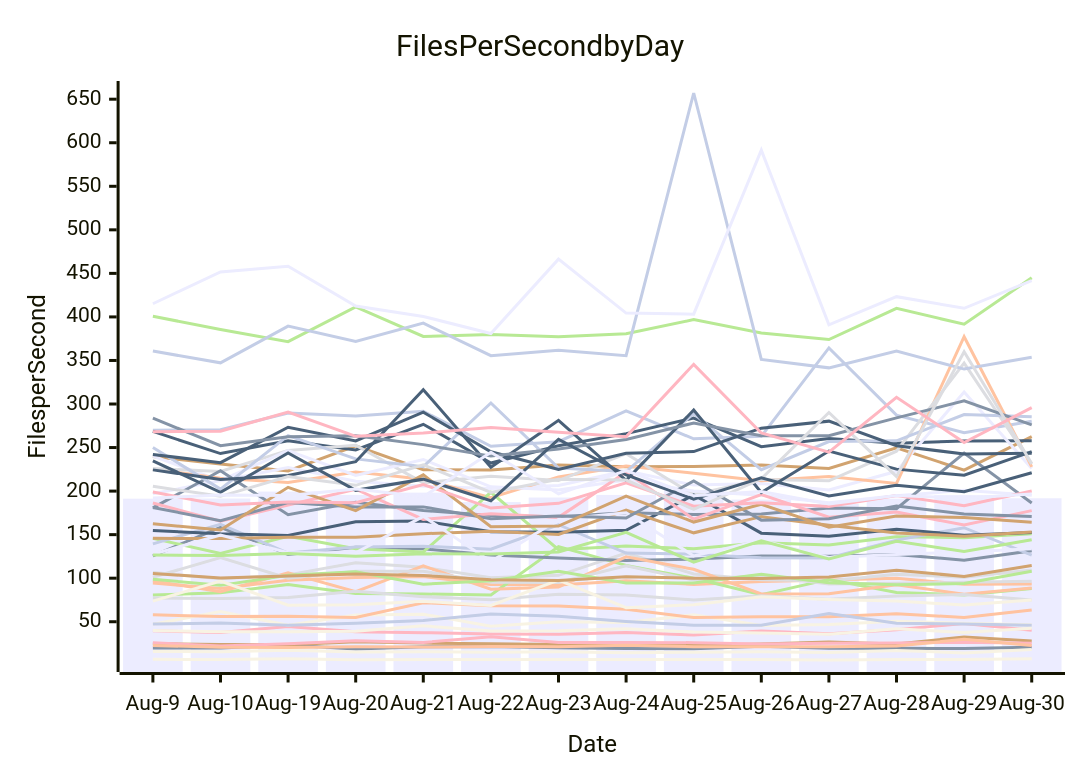
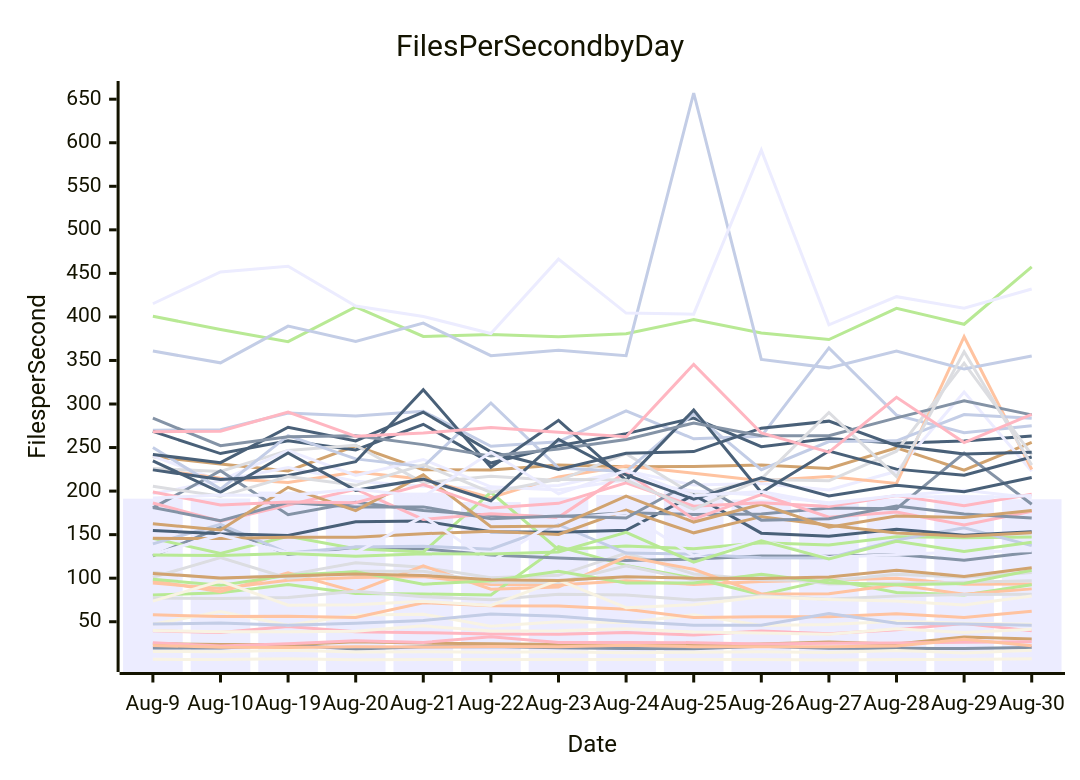
Before and after one commit to streetsidesoftware/cspell: the diagram in perf-report.md, drawn with Mermaid. The commit also changed other lines of this file and 2 other files, not shown here.

````diff
--- a/perf-report.md
+++ b/perf-report.md
@@ -11,57 +11,57 @@
 ```mermaid
 xychart-beta
     title Files Per Second by Day
     y-axis Files per Second
     x-axis Date [Aug-9, Aug-10, Aug-19, Aug-20, Aug-21, Aug-22, Aug-23, Aug-24, Aug-25, Aug-26, Aug-27, Aug-28, Aug-29, Aug-30]
-    bar [191.27, 191.48, 199.45, 195.67, 198.22, 187.40, 192.61, 195.61, 200.69, 190.24, 185.15, 191.23, 195.37, 191.74]
-    line [19.76, 19.87, 23.15, 18.80, 21.30, 21.70, 20.11, 19.24, 18.97, 21.74, 19.44, 19.50, 19.20, 20.73]
-    line [94.45, 88.13, 97.66, 100.71, 101.93, 92.80, 92.11, 97.07, 92.83, 96.14, 97.78, 99.79, 92.99, 93.36]
-    line [106.66, 99.38, 103.80, 117.71, 112.47, 100.50, 103.30, 128.71, 104.89, 98.28, 96.78, 104.60, 101.13, 109.45]
-    line [80.61, 83.15, 92.81, 82.44, 81.86, 80.75, 136.22, 114.72, 99.92, 81.00, 98.60, 83.62, 80.81, 88.25]
-    line [239.79, 231.09, 223.10, 252.00, 224.60, 224.17, 230.06, 227.93, 228.22, 229.99, 225.97, 249.68, 224.12, 262.60]
-    line [269.81, 270.47, 289.77, 286.14, 291.59, 251.52, 256.69, 292.19, 260.02, 262.94, 364.38, 287.21, 267.07, 280.17]
-    line [39.52, 37.52, 44.46, 38.46, 37.42, 35.96, 35.65, 37.61, 34.82, 39.47, 36.12, 40.86, 48.01, 40.27]
-    line [268.54, 243.09, 257.77, 247.18, 276.72, 232.23, 252.08, 266.01, 283.94, 251.01, 260.27, 254.92, 257.60, 257.72]
-    line [6.78, 6.60, 7.51, 6.38, 6.72, 6.55, 6.77, 6.55, 6.58, 6.64, 6.06, 6.53, 6.57, 7.52]
-    line [240.17, 211.99, 227.00, 211.38, 205.51, 203.10, 206.43, 223.33, 206.89, 208.72, 201.20, 222.72, 313.85, 225.83]
-    line [125.68, 158.27, 127.25, 135.61, 133.76, 126.70, 123.28, 120.42, 121.90, 125.42, 125.26, 127.33, 120.64, 131.40]
-    line [225.24, 214.74, 210.02, 221.88, 213.58, 192.56, 216.27, 228.68, 220.47, 211.98, 216.89, 208.83, 377.28, 227.87]
-    line [225.91, 222.58, 246.74, 252.74, 209.47, 217.12, 212.13, 242.98, 195.81, 213.43, 211.78, 245.83, 346.89, 231.11]
-    line [145.75, 128.32, 148.05, 133.76, 130.09, 198.58, 132.66, 136.89, 133.84, 140.74, 138.14, 147.54, 146.55, 151.16]
-    line [24.65, 23.72, 23.68, 26.94, 25.51, 24.79, 23.76, 23.53, 22.75, 24.32, 26.78, 24.44, 32.43, 27.83]
-    line [139.45, 161.93, 128.87, 135.71, 136.66, 133.36, 161.38, 128.87, 127.62, 123.35, 123.11, 143.71, 157.94, 126.45]
-    line [25.95, 22.03, 24.86, 28.29, 26.21, 32.71, 26.20, 26.09, 26.00, 24.43, 25.37, 25.72, 26.51, 25.38]
-    line [154.75, 150.93, 149.02, 164.86, 165.64, 153.35, 152.64, 155.02, 195.52, 151.70, 148.17, 156.31, 149.39, 152.39]
-    line [15.80, 15.53, 17.25, 15.28, 15.49, 14.84, 15.46, 14.39, 15.01, 15.63, 14.69, 17.08, 14.10, 18.05]
-    line [196.97, 211.99, 246.59, 218.10, 236.31, 204.94, 201.38, 212.81, 200.01, 195.34, 186.50, 194.59, 201.00, 195.28]
-    line [180.75, 223.35, 172.94, 187.16, 177.68, 172.01, 170.49, 175.09, 173.22, 173.59, 180.48, 179.74, 243.56, 186.42]
-    line [96.93, 84.41, 106.12, 84.61, 114.12, 87.31, 89.99, 124.55, 110.24, 81.92, 82.24, 92.49, 81.67, 88.72]
-    line [77.16, 76.75, 77.91, 84.91, 78.76, 75.34, 81.46, 80.77, 74.97, 79.78, 75.90, 79.64, 81.40, 74.87]
-    line [400.74, 385.62, 371.65, 411.46, 377.61, 379.88, 377.18, 380.64, 396.91, 381.52, 374.08, 409.79, 391.59, 445.08]
-    line [145.79, 145.58, 147.10, 147.08, 151.07, 153.94, 150.27, 178.09, 152.08, 170.66, 160.71, 152.01, 148.28, 153.10]
-    line [249.96, 202.34, 263.67, 236.99, 228.06, 301.20, 226.40, 222.40, 289.06, 224.56, 256.87, 257.70, 287.97, 285.39]
-    line [186.27, 165.43, 184.07, 202.12, 167.51, 173.85, 169.85, 221.75, 167.75, 195.90, 170.00, 175.89, 161.05, 177.57]
-    line [224.37, 213.27, 217.89, 233.79, 316.48, 227.32, 281.23, 212.31, 293.11, 198.49, 245.94, 225.24, 218.17, 245.25]
-    line [47.00, 61.84, 45.89, 57.63, 58.67, 44.77, 49.92, 49.06, 57.90, 45.60, 46.71, 50.51, 48.37, 46.56]
-    line [127.47, 149.55, 129.16, 129.10, 170.99, 119.13, 167.47, 175.06, 125.57, 143.51, 123.67, 127.21, 130.16, 133.68]
-    line [181.18, 166.12, 186.93, 181.85, 181.88, 168.34, 171.35, 169.12, 211.70, 166.64, 168.34, 182.86, 173.63, 170.89]
-    line [57.90, 56.15, 56.35, 54.76, 71.89, 68.47, 68.09, 64.39, 54.76, 55.64, 55.71, 59.28, 54.85, 63.52]
-    line [101.07, 123.80, 99.87, 108.06, 107.98, 95.34, 94.96, 114.12, 97.84, 103.09, 93.25, 94.27, 95.28, 96.43]
-    line [98.84, 91.76, 103.43, 107.49, 93.08, 97.11, 107.90, 94.53, 94.47, 104.38, 94.67, 92.38, 93.95, 107.95]
-    line [162.48, 155.40, 204.32, 177.59, 218.64, 159.00, 159.79, 194.26, 164.45, 184.75, 158.60, 171.47, 169.60, 164.23]
-    line [360.76, 347.31, 389.41, 371.89, 392.82, 355.53, 361.83, 355.43, 657.12, 351.25, 341.51, 360.76, 340.11, 353.59]
-    line [198.91, 184.05, 187.41, 186.67, 207.48, 180.49, 185.92, 209.38, 182.67, 186.49, 182.43, 194.97, 183.27, 200.10]
-    line [242.10, 232.62, 273.32, 257.69, 290.62, 245.10, 224.83, 243.49, 245.36, 272.30, 280.33, 252.18, 242.64, 243.53]
-    line [73.60, 96.61, 68.89, 69.48, 73.38, 68.77, 97.84, 66.15, 69.59, 78.77, 75.57, 73.80, 69.15, 74.94]
-    line [415.14, 451.69, 458.22, 412.53, 400.53, 380.98, 466.37, 404.40, 403.18, 591.49, 390.96, 423.25, 409.89, 441.73]
-    line [283.77, 252.09, 262.36, 263.68, 253.37, 240.18, 248.22, 259.20, 278.18, 263.50, 263.68, 284.05, 303.63, 276.04]
-    line [22.84, 20.59, 20.47, 21.22, 20.90, 21.42, 21.40, 22.88, 21.36, 21.22, 21.19, 22.04, 29.75, 22.71]
-    line [205.56, 193.98, 216.67, 206.61, 230.20, 198.53, 213.69, 212.64, 179.07, 214.07, 290.22, 216.81, 359.94, 231.63]
-    line [126.64, 126.17, 128.45, 125.27, 127.94, 127.77, 130.20, 152.67, 118.34, 143.02, 122.15, 142.33, 130.77, 144.08]
-    line [105.46, 100.11, 102.43, 104.89, 103.21, 98.21, 97.36, 101.78, 100.00, 99.58, 101.28, 109.08, 102.06, 114.62]
-    line [47.26, 48.66, 46.00, 48.26, 51.42, 58.83, 56.30, 50.38, 45.97, 45.91, 59.43, 48.16, 47.53, 45.87]
-    line [268.09, 268.70, 290.78, 262.94, 266.60, 272.93, 267.45, 262.37, 345.57, 266.69, 244.68, 307.76, 255.74, 295.87]
-    line [234.76, 198.61, 243.75, 200.90, 213.71, 188.91, 259.37, 218.53, 190.79, 215.33, 194.36, 206.72, 199.24, 221.08]
-    line [39.98, 38.63, 38.64, 39.11, 45.24, 39.50, 39.66, 42.07, 38.23, 36.94, 35.58, 41.81, 37.53, 42.47]
-    line [192.03, 195.48, 194.87, 202.54, 193.62, 244.63, 196.70, 223.56, 194.58, 199.46, 185.25, 194.89, 191.72, 196.76]
+    bar [191.27, 191.48, 199.45, 195.67, 198.22, 187.40, 192.61, 195.61, 200.69, 190.24, 185.15, 191.23, 195.37, 190.62]
+    line [19.76, 19.87, 23.15, 18.80, 21.30, 21.70, 20.11, 19.24, 18.97, 21.74, 19.44, 19.50, 19.20, 20.48]
+    line [94.45, 88.13, 97.66, 100.71, 101.93, 92.80, 92.11, 97.07, 92.83, 96.14, 97.78, 99.79, 92.99, 93.46]
+    line [106.66, 99.38, 103.80, 117.71, 112.47, 100.50, 103.30, 128.71, 104.89, 98.28, 96.78, 104.60, 101.13, 106.51]
+    line [80.61, 83.15, 92.81, 82.44, 81.86, 80.75, 136.22, 114.72, 99.92, 81.00, 98.60, 83.62, 80.81, 92.45]
+    line [239.79, 231.09, 223.10, 252.00, 224.60, 224.17, 230.06, 227.93, 228.22, 229.99, 225.97, 249.68, 224.12, 255.93]
+    line [269.81, 270.47, 289.77, 286.14, 291.59, 251.52, 256.69, 292.19, 260.02, 262.94, 364.38, 287.21, 267.07, 275.05]
+    line [39.52, 37.52, 44.46, 38.46, 37.42, 35.96, 35.65, 37.61, 34.82, 39.47, 36.12, 40.86, 48.01, 39.50]
+    line [268.54, 243.09, 257.77, 247.18, 276.72, 232.23, 252.08, 266.01, 283.94, 251.01, 260.27, 254.92, 257.60, 263.25]
+    line [6.78, 6.60, 7.51, 6.38, 6.72, 6.55, 6.77, 6.55, 6.58, 6.64, 6.06, 6.53, 6.57, 7.36]
+    line [240.17, 211.99, 227.00, 211.38, 205.51, 203.10, 206.43, 223.33, 206.89, 208.72, 201.20, 222.72, 313.85, 222.86]
+    line [125.68, 158.27, 127.25, 135.61, 133.76, 126.70, 123.28, 120.42, 121.90, 125.42, 125.26, 127.33, 120.64, 129.68]
+    line [225.24, 214.74, 210.02, 221.88, 213.58, 192.56, 216.27, 228.68, 220.47, 211.98, 216.89, 208.83, 377.28, 224.86]
+    line [225.91, 222.58, 246.74, 252.74, 209.47, 217.12, 212.13, 242.98, 195.81, 213.43, 211.78, 245.83, 346.89, 241.73]
+    line [145.75, 128.32, 148.05, 133.76, 130.09, 198.58, 132.66, 136.89, 133.84, 140.74, 138.14, 147.54, 146.55, 147.25]
+    line [24.65, 23.72, 23.68, 26.94, 25.51, 24.79, 23.76, 23.53, 22.75, 24.32, 26.78, 24.44, 32.43, 30.24]
+    line [139.45, 161.93, 128.87, 135.71, 136.66, 133.36, 161.38, 128.87, 127.62, 123.35, 123.11, 143.71, 157.94, 137.38]
+    line [25.95, 22.03, 24.86, 28.29, 26.21, 32.71, 26.20, 26.09, 26.00, 24.43, 25.37, 25.72, 26.51, 27.03]
+    line [154.75, 150.93, 149.02, 164.86, 165.64, 153.35, 152.64, 155.02, 195.52, 151.70, 148.17, 156.31, 149.39, 153.42]
+    line [15.80, 15.53, 17.25, 15.28, 15.49, 14.84, 15.46, 14.39, 15.01, 15.63, 14.69, 17.08, 14.10, 17.33]
+    line [196.97, 211.99, 246.59, 218.10, 236.31, 204.94, 201.38, 212.81, 200.01, 195.34, 186.50, 194.59, 201.00, 192.28]
+    line [180.75, 223.35, 172.94, 187.16, 177.68, 172.01, 170.49, 175.09, 173.22, 173.59, 180.48, 179.74, 243.56, 184.94]
+    line [96.93, 84.41, 106.12, 84.61, 114.12, 87.31, 89.99, 124.55, 110.24, 81.92, 82.24, 92.49, 81.67, 87.73]
+    line [77.16, 76.75, 77.91, 84.91, 78.76, 75.34, 81.46, 80.77, 74.97, 79.78, 75.90, 79.64, 81.40, 81.58]
+    line [400.74, 385.62, 371.65, 411.46, 377.61, 379.88, 377.18, 380.64, 396.91, 381.52, 374.08, 409.79, 391.59, 457.48]
+    line [145.79, 145.58, 147.10, 147.08, 151.07, 153.94, 150.27, 178.09, 152.08, 170.66, 160.71, 152.01, 148.28, 152.25]
+    line [249.96, 202.34, 263.67, 236.99, 228.06, 301.20, 226.40, 222.40, 289.06, 224.56, 256.87, 257.70, 287.97, 283.54]
+    line [186.27, 165.43, 184.07, 202.12, 167.51, 173.85, 169.85, 221.75, 167.75, 195.90, 170.00, 175.89, 161.05, 176.79]
+    line [224.37, 213.27, 217.89, 233.79, 316.48, 227.32, 281.23, 212.31, 293.11, 198.49, 245.94, 225.24, 218.17, 239.19]
+    line [47.00, 61.84, 45.89, 57.63, 58.67, 44.77, 49.92, 49.06, 57.90, 45.60, 46.71, 50.51, 48.37, 46.99]
+    line [127.47, 149.55, 129.16, 129.10, 170.99, 119.13, 167.47, 175.06, 125.57, 143.51, 123.67, 127.21, 130.16, 131.46]
+    line [181.18, 166.12, 186.93, 181.85, 181.88, 168.34, 171.35, 169.12, 211.70, 166.64, 168.34, 182.86, 173.63, 169.07]
+    line [57.90, 56.15, 56.35, 54.76, 71.89, 68.47, 68.09, 64.39, 54.76, 55.64, 55.71, 59.28, 54.85, 62.09]
+    line [101.07, 123.80, 99.87, 108.06, 107.98, 95.34, 94.96, 114.12, 97.84, 103.09, 93.25, 94.27, 95.28, 96.93]
+    line [98.84, 91.76, 103.43, 107.49, 93.08, 97.11, 107.90, 94.53, 94.47, 104.38, 94.67, 92.38, 93.95, 109.13]
+    line [162.48, 155.40, 204.32, 177.59, 218.64, 159.00, 159.79, 194.26, 164.45, 184.75, 158.60, 171.47, 169.60, 177.84]
+    line [360.76, 347.31, 389.41, 371.89, 392.82, 355.53, 361.83, 355.43, 657.12, 351.25, 341.51, 360.76, 340.11, 355.04]
+    line [198.91, 184.05, 187.41, 186.67, 207.48, 180.49, 185.92, 209.38, 182.67, 186.49, 182.43, 194.97, 183.27, 196.47]
+    line [242.10, 232.62, 273.32, 257.69, 290.62, 245.10, 224.83, 243.49, 245.36, 272.30, 280.33, 252.18, 242.64, 244.52]
+    line [73.60, 96.61, 68.89, 69.48, 73.38, 68.77, 97.84, 66.15, 69.59, 78.77, 75.57, 73.80, 69.15, 79.50]
+    line [415.14, 451.69, 458.22, 412.53, 400.53, 380.98, 466.37, 404.40, 403.18, 591.49, 390.96, 423.25, 409.89, 432.00]
+    line [283.77, 252.09, 262.36, 263.68, 253.37, 240.18, 248.22, 259.20, 278.18, 263.50, 263.68, 284.05, 303.63, 287.55]
+    line [22.84, 20.59, 20.47, 21.22, 20.90, 21.42, 21.40, 22.88, 21.36, 21.22, 21.19, 22.04, 29.75, 22.41]
+    line [205.56, 193.98, 216.67, 206.61, 230.20, 198.53, 213.69, 212.64, 179.07, 214.07, 290.22, 216.81, 359.94, 230.00]
+    line [126.64, 126.17, 128.45, 125.27, 127.94, 127.77, 130.20, 152.67, 118.34, 143.02, 122.15, 142.33, 130.77, 141.36]
+    line [105.46, 100.11, 102.43, 104.89, 103.21, 98.21, 97.36, 101.78, 100.00, 99.58, 101.28, 109.08, 102.06, 112.00]
+    line [47.26, 48.66, 46.00, 48.26, 51.42, 58.83, 56.30, 50.38, 45.97, 45.91, 59.43, 48.16, 47.53, 45.85]
+    line [268.09, 268.70, 290.78, 262.94, 266.60, 272.93, 267.45, 262.37, 345.57, 266.69, 244.68, 307.76, 255.74, 288.10]
+    line [234.76, 198.61, 243.75, 200.90, 213.71, 188.91, 259.37, 218.53, 190.79, 215.33, 194.36, 206.72, 199.24, 215.61]
+    line [39.98, 38.63, 38.64, 39.11, 45.24, 39.50, 39.66, 42.07, 38.23, 36.94, 35.58, 41.81, 37.53, 41.42]
+    line [192.03, 195.48, 194.87, 202.54, 193.62, 244.63, 196.70, 223.56, 194.58, 199.46, 185.25, 194.89, 191.72, 195.08]
 ```
````
